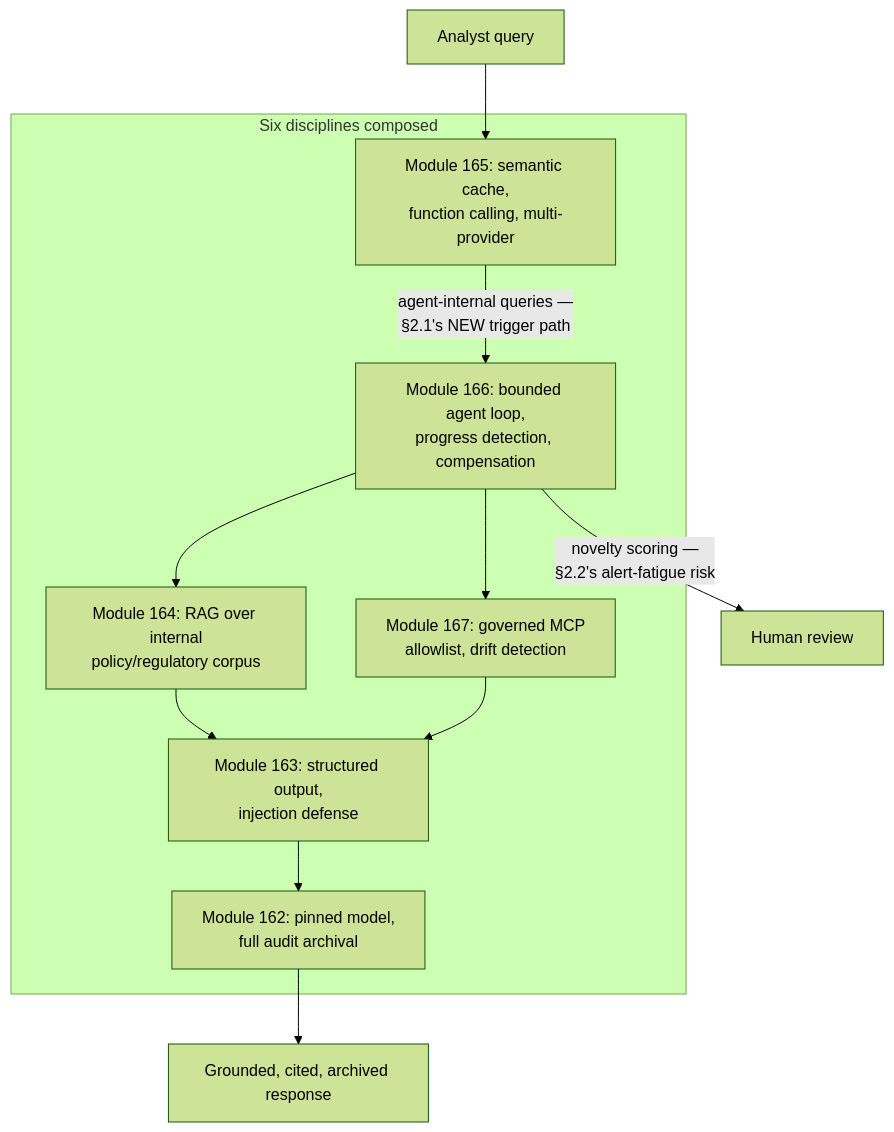
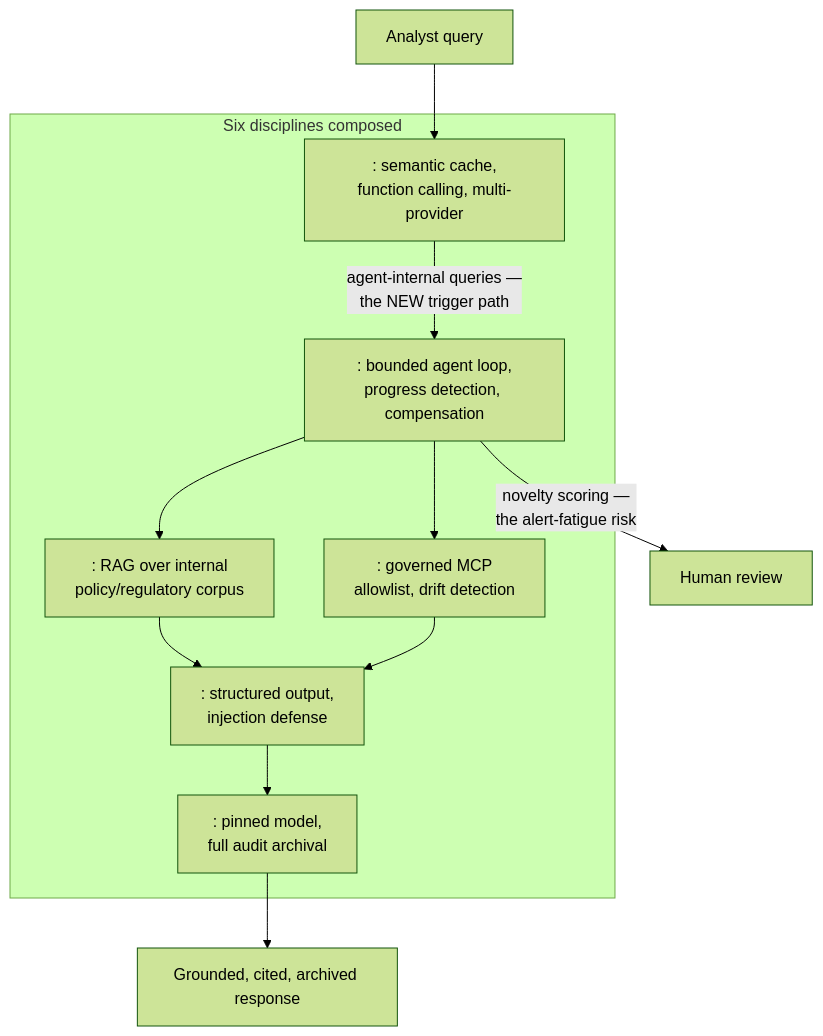
One commit to umashankarp/InterviewQuestions changed the diagram in 44-AI-Systems/07-Capstone-Governed-AI-Research-Compliance-Assistant.md. Above: the diagram before and after it, drawn with Mermaid (forest theme). The commit also changed other lines of this file and 173 other files, not shown here.

````diff
--- a/44-AI-Systems/07-Capstone-Governed-AI-Research-Compliance-Assistant.md
+++ b/44-AI-Systems/07-Capstone-Governed-AI-Research-Compliance-Assistant.md
@@ -66,21 +66,21 @@
 ```mermaid
 graph TB
-    subgraph "Six disciplines composed"
-        M162["Module 162: pinned model,<br/>full audit archival"]
-        M163["Module 163: structured output,<br/>injection defense"]
-        M164["Module 164: RAG over internal<br/>policy/regulatory corpus"]
-        M165["Module 165: semantic cache,<br/>function calling, multi-provider"]
-        M166["Module 166: bounded agent loop,<br/>progress detection, compensation"]
-        M167["Module 167: governed MCP<br/>allowlist, drift detection"]
-    end
+ subgraph "Six disciplines composed"
+ M162[": pinned model,<br/>full audit archival"]
+ M163[": structured output,<br/>injection defense"]
+ M164[": RAG over internal<br/>policy/regulatory corpus"]
+ M165[": semantic cache,<br/>function calling, multi-provider"]
+ M166[": bounded agent loop,<br/>progress detection, compensation"]
+ M167[": governed MCP<br/>allowlist, drift detection"]
+ end
 
-    Query[Analyst query] --> M165
-    M165 -->|"agent-internal queries —<br/>§2.1's NEW trigger path"| M166
-    M166 --> M164
-    M166 --> M167
-    M166 -->|"novelty scoring —<br/>§2.2's alert-fatigue risk"| Escalation[Human review]
-    M164 --> M163
-    M167 --> M163
-    M163 --> M162
-    M162 --> Response[Grounded, cited, archived response]
+ Query[Analyst query] --> M165
+ M165 -->|"agent-internal queries —<br/>the NEW trigger path"| M166
+ M166 --> M164
+ M166 --> M167
+ M166 -->|"novelty scoring —<br/>the alert-fatigue risk"| Escalation[Human review]
+ M164 --> M163
+ M167 --> M163
+ M163 --> M162
+ M162 --> Response[Grounded, cited, archived response]
 ```
````
